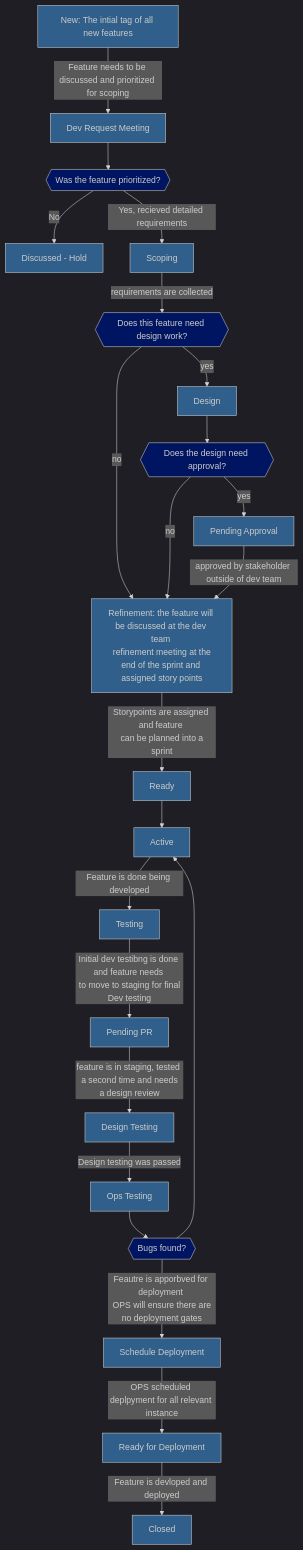
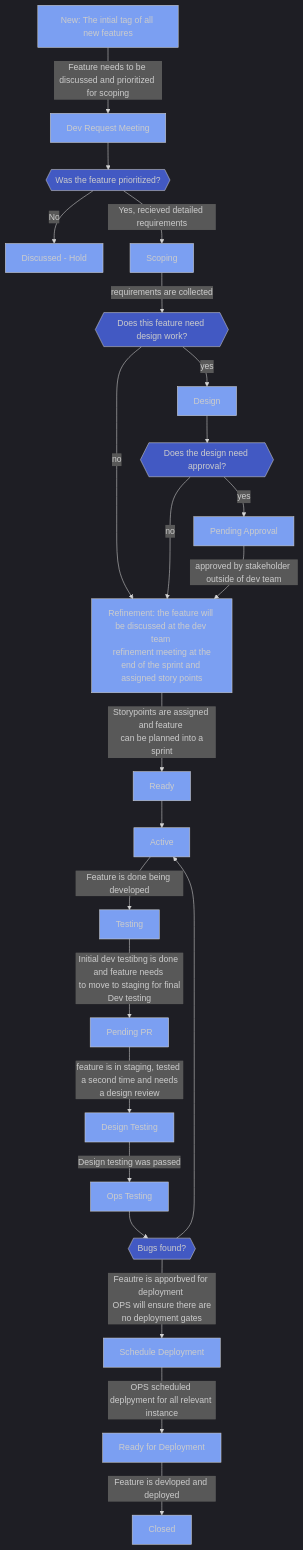
The first of 3 diagrams in README.md (abbyhoosh/VueFrontend), drawn with Mermaid before and after one commit. The commit also changed other lines of this file, not shown here.

Commit message:
new themes

````diff
--- a/README.md
+++ b/README.md
@@ -31,52 +31,52 @@
 ```mermaid
 %%{init: {'theme':'dark'}}%%
 flowchart TD
-classDef tags fill:#2F5F8A
-classDef booleans fill:#001561;
+classDef tags fill:#7B9FF2
+classDef booleans fill:#4259C3;
 
 NewFeature[New: The intial tag of all new features]
 DevReq[Dev Request Meeting]
 DiscussedHold[Discussed - Hold]
 Scoping[Scoping]
 Design[Design]
 PendingApproval[Pending Approval]
 Refinement[Refinement: the feature will be discussed at the dev team <br> refinement meeting at the end of the sprint and assigned story points]
 Ready[Ready]
 Active[Active]
 Testing[Testing]
 PendingPR[Pending PR]
 DesignTesting[Design Testing]
 OPS[Ops Testing]
 ScheduleDeployment[Schedule Deployment]
 ReadyForDeployment[Ready for Deployment]
 Closed[Closed]
 PrioritizedBool{{Was the feature prioritized?}}
 BugsBool{{Bugs found?}}
 DesignBool{{Does this feature need design work?}}
 DesignApprovalBool{{Does the design need approval?}}
 
 class PrioritizedBool,BugsBool,DesignBool,DesignApprovalBool booleans;
 class NewFeature,DevReq,DiscussedHold,Scoping,Design,PendingApproval,Refinement,Ready,Active,Testing,PendingPR,DesignTesting,OPS,ScheduleDeployment,ReadyForDeployment,Closed tags;
 
 NewFeature-->|Feature needs to be discussed and prioritized for scoping|DevReq
 DevReq-->PrioritizedBool
 PrioritizedBool-->|Yes, recieved detailed requirements|Scoping
 PrioritizedBool-->|No|DiscussedHold
 Scoping-->|requirements are collected|DesignBool
 DesignBool-->|yes|Design
 DesignBool-->|no|Refinement
 Design-->DesignApprovalBool
 DesignApprovalBool-->|yes|PendingApproval
 DesignApprovalBool-->|no|Refinement
 PendingApproval-->|approved by stakeholder outside of dev team|Refinement
 Refinement-->|Storypoints are assigned and feature <br> can be planned into a sprint|Ready
 Ready--> Active
 Active-->|Feature is done being developed|Testing
 Testing-->|Initial dev testibng is done and feature needs <br> to move to staging for final Dev testing|PendingPR
 PendingPR-->|feature is in staging, tested <br> a second time and needs a design review|DesignTesting
 DesignTesting-->|Design testing was passed|OPS
 OPS-->BugsBool
 BugsBool-->|Feautre is apporbved for deployment <br> OPS will ensure there are no deployment gates|ScheduleDeployment
 BugsBool-->Active
 ScheduleDeployment-->|OPS scheduled deplpyment for all relevant instance|ReadyForDeployment-->|Feature is devloped and deployed|Closed
 ```
````
